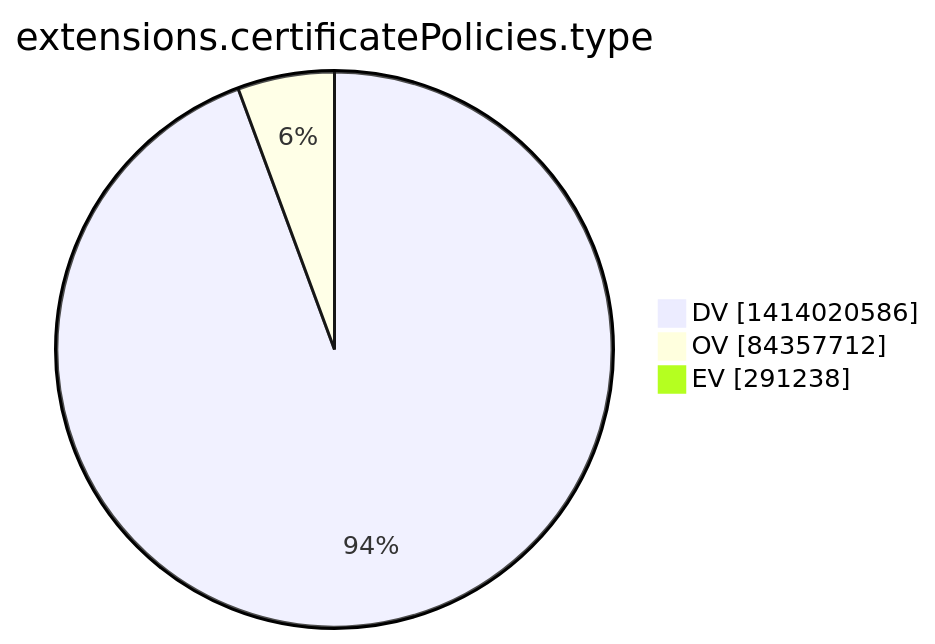
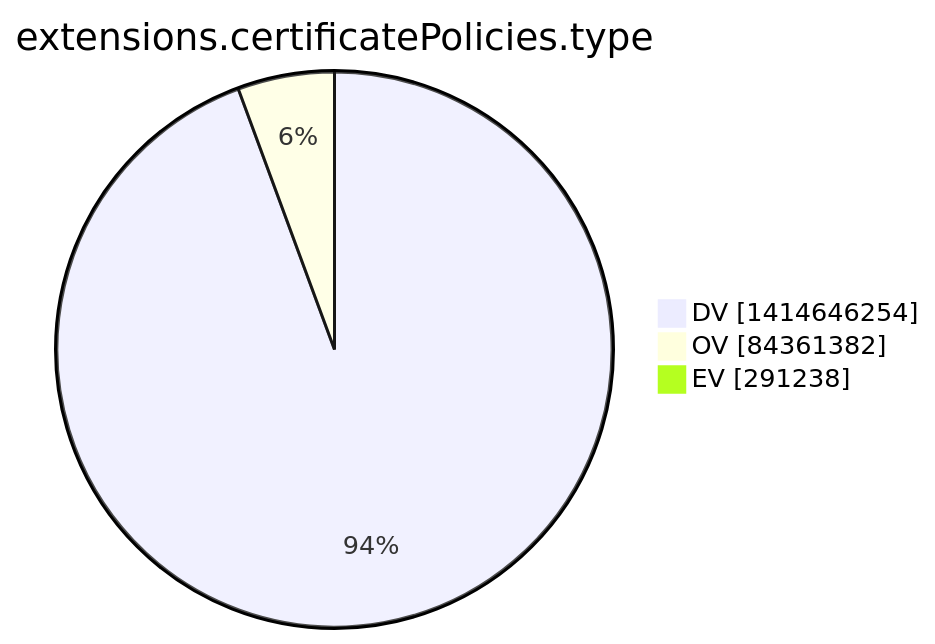
Before and after one commit to christiankrug/ctmonitor_visualization: the tenth of 15 diagrams in argon2022/README.md, drawn with Mermaid. The commit also changed other lines of this file, not shown here.

````diff
--- a/argon2022/README.md
+++ b/argon2022/README.md
@@ -2773,7 +2773,7 @@
 ```mermaid
 pie showData
 title extensions.certificatePolicies.type
-"DV" :1414020586
-"OV" :84357712
+"DV" :1414646254
+"OV" :84361382
 "EV" :291238
 ```
````
